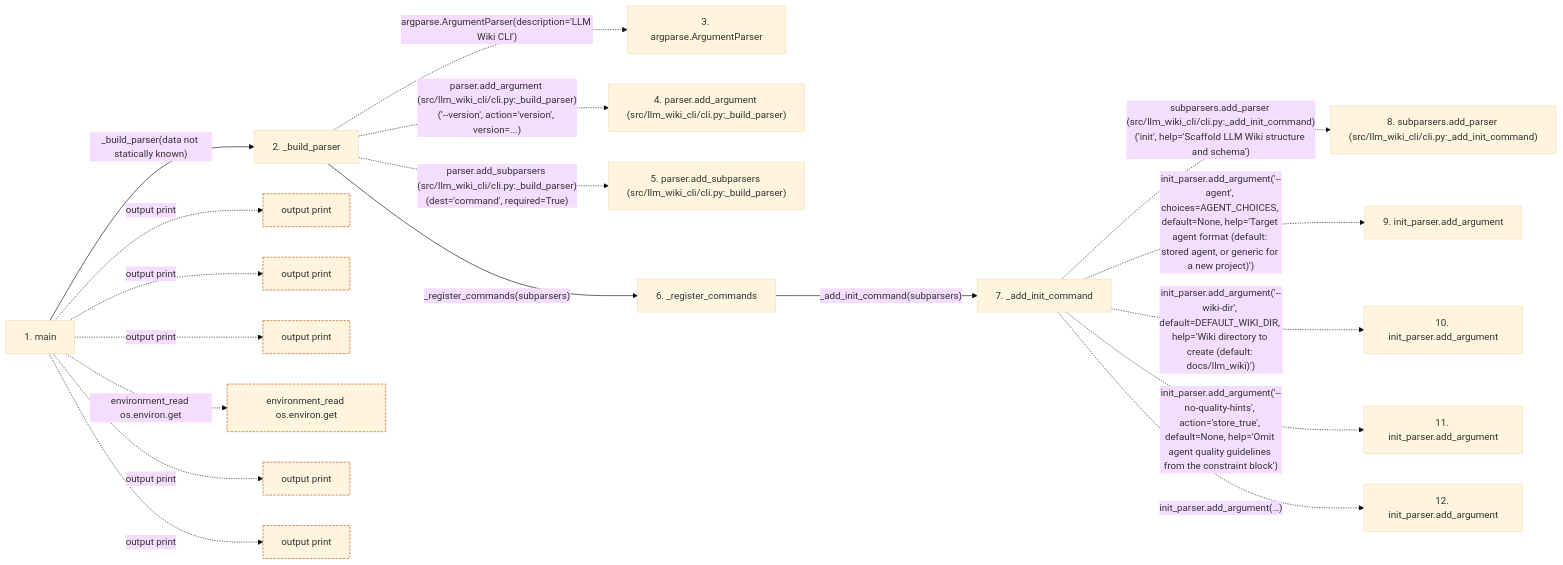
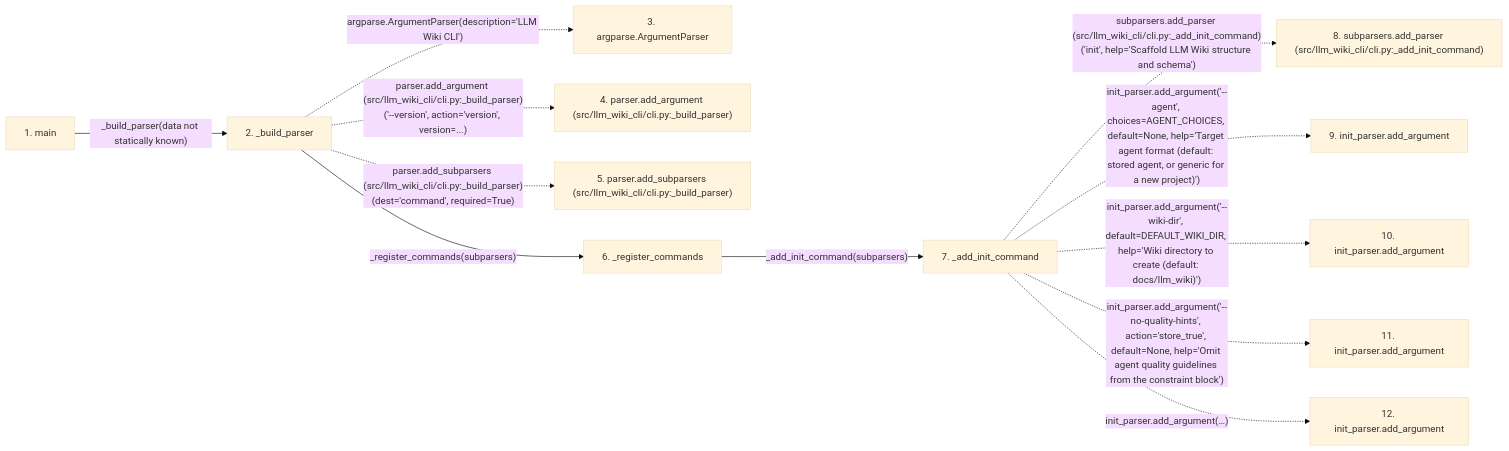
Before and after one commit to Denissvgn/python-wiki-llm: the second of 2 diagrams in docs/llm_wiki/flows/process-cli.md, drawn with Mermaid (base theme). The commit also changed other lines of this file and 159 other files, not shown here.

````diff
--- a/docs/llm_wiki/flows/process-cli.md
+++ b/docs/llm_wiki/flows/process-cli.md
@@ -142,49 +142,30 @@
 ```mermaid
 flowchart LR
     s1["1. main"]
     s2["2. _build_parser"]
     s3["3. argparse.ArgumentParser"]
     s4["4. parser.add_argument (src/llm_wiki_cli/cli.py:_build_parser)"]
     s5["5. parser.add_subparsers (src/llm_wiki_cli/cli.py:_build_parser)"]
     s6["6. _register_commands"]
     s7["7. _add_init_command"]
     s8["8. subparsers.add_parser (src/llm_wiki_cli/cli.py:_add_init_command)"]
     s9["9. init_parser.add_argument"]
     s10["10. init_parser.add_argument"]
     s11["11. init_parser.add_argument"]
     s12["12. init_parser.add_argument"]
     s1 -->|"_build_parser(data not statically known)"| s2
     s2 -. "argparse.ArgumentParser(description='LLM Wiki CLI')" .-> s3
     s2 -. "parser.add_argument (src/llm_wiki_cli/cli.py:_build_parser)('--version', action='version', version=...)" .-> s4
     s2 -. "parser.add_subparsers (src/llm_wiki_cli/cli.py:_build_parser)(dest='command', required=True)" .-> s5
     s2 -->|"_register_commands(subparsers)"| s6
     s6 -->|"_add_init_command(subparsers)"| s7
     s7 -. "subparsers.add_parser (src/llm_wiki_cli/cli.py:_add_init_command)('init', help='Scaffold LLM Wiki structure and schema')" .-> s8
     s7 -. "init_parser.add_argument('--agent', choices=AGENT_CHOICES, default=None, help='Target agent format (default: stored agent, or generic for a new project)')" .-> s9
     s7 -. "init_parser.add_argument('--wiki-dir', default=DEFAULT_WIKI_DIR, help='Wiki directory to create (default: docs/llm_wiki)')" .-> s10
     s7 -. "init_parser.add_argument('--no-quality-hints', action='store_true', default=None, help='Omit agent quality guidelines from the constraint block')" .-> s11
     s7 -. "init_parser.add_argument(…)" .-> s12
-    b0["output print"]
-    s1 -. "output print" .-> b0
-    b1["output print"]
-    s1 -. "output print" .-> b1
-    b2["output print"]
-    s1 -. "output print" .-> b2
-    b3["environment_read os.environ.get"]
-    s1 -. "environment_read os.environ.get" .-> b3
-    b4["output print"]
-    s1 -. "output print" .-> b4
-    b5["output print"]
-    s1 -. "output print" .-> b5
     click s1 "../modules/cli.md"
     click s2 "../modules/cli.md"
     click s6 "../modules/cli.md"
     click s7 "../modules/cli.md"
-    classDef boundary stroke:#b45309,stroke-dasharray: 4 2
-    class b0 boundary
-    class b1 boundary
-    class b2 boundary
-    class b3 boundary
-    class b4 boundary
-    class b5 boundary
 ```
````
